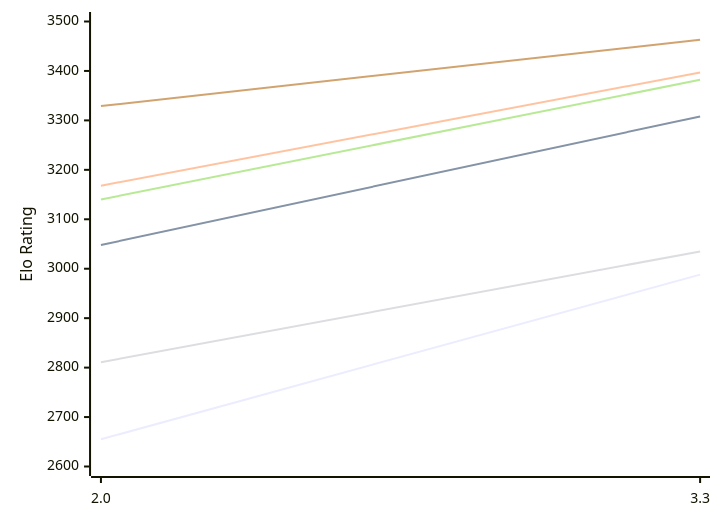
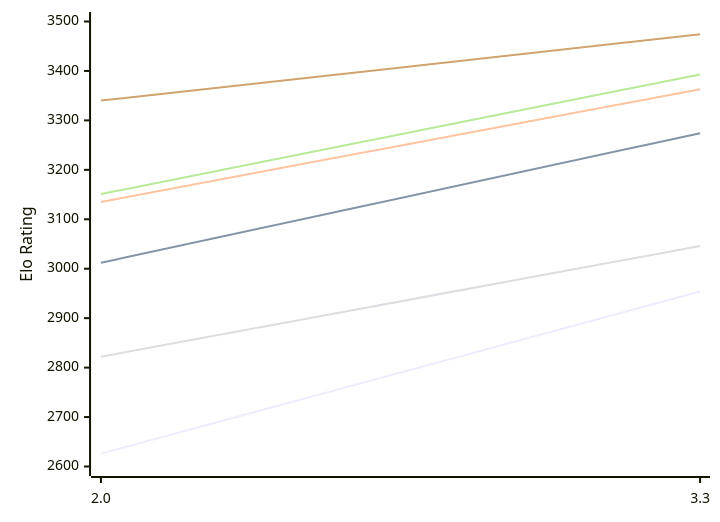
The first of 2 diagrams in engines/Ceylondemon.md (computer-chess-index/cci), drawn with Mermaid before and after one commit. The commit also changed other lines of this file, not shown here.

Commit message:
Update CCI Ratings (ELO VLTC) - 2026-11-12

````diff
--- a/engines/Ceylondemon.md
+++ b/engines/Ceylondemon.md
@@ -50,12 +50,12 @@
 ```mermaid
 %%{init: {"theme":"base","themeVariables":{"seriesColors:['#a3a3a3','#222221','#faa371']}}}%%
 xychart-beta
   x-axis ["2.0", "3.3"]
   y-axis "Elo Rating" 2600 --> 3500
-  line "E1: STC (8.0+0.08s)" [2655, 2988]
-  line "E1: LTC (60.0+0.60s)" [3048, 3308]
-  line "E1: VLTC (2m24s+1.12s)" [3168, 3397]
-  line "P1: STC (8.0+0.08s)" [2811, 3035]
-  line "P1: LTC (60.0+0.60s)" [3140, 3382]
-  line "P1: VLTC (2m24s+1.12s)" [3329, 3463]
+  line "E1: STC (8.0+0.08s)" [2626, 2954]
+  line "E1: LTC (60.0+0.60s)" [3012, 3274]
+  line "E1: VLTC (2m24s+1.12s)" [3135, 3363]
+  line "P1: STC (8.0+0.08s)" [2822, 3046]
+  line "P1: LTC (60.0+0.60s)" [3151, 3393]
+  line "P1: VLTC (2m24s+1.12s)" [3340, 3474]
 ```
````
